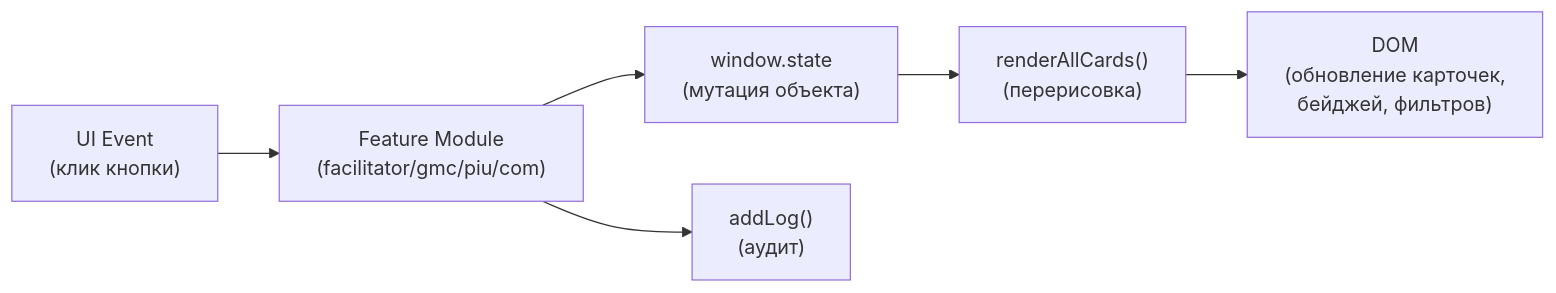
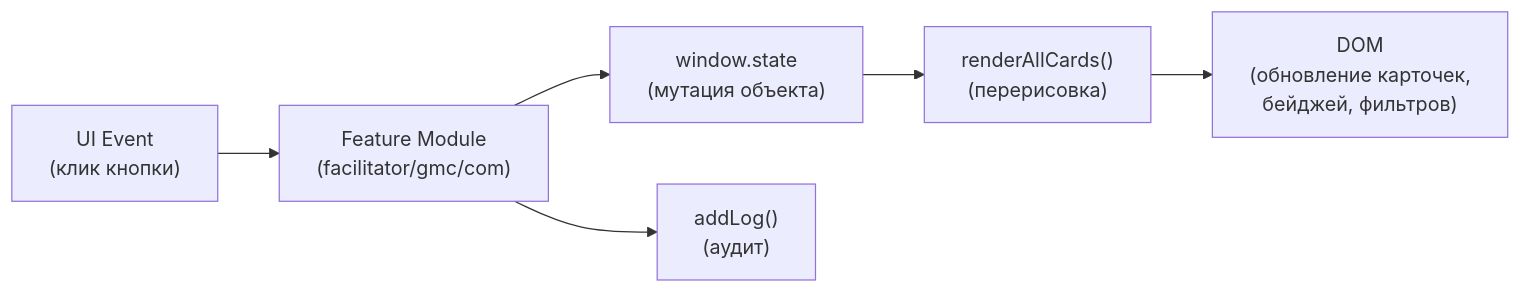
Before and after one commit to firka-kh/eip-test: the fourth of 9 diagrams in docs/ARCHITECTURE.md, drawn with Mermaid. The commit also changed other lines of this file and 51 other files, not shown here.

````diff
--- a/docs/ARCHITECTURE.md
+++ b/docs/ARCHITECTURE.md
@@ -183,8 +176,8 @@
 ```mermaid
 flowchart LR
-    UI["UI Event<br/>(клик кнопки)"] --> FEATURE["Feature Module<br/>(facilitator/gmc/piu/com)"]
+    UI["UI Event<br/>(клик кнопки)"] --> FEATURE["Feature Module<br/>(facilitator/gmc/com)"]
     FEATURE --> STATE["window.state<br/>(мутация объекта)"]
     FEATURE --> LOG["addLog()<br/>(аудит)"]
     STATE --> RENDER["renderAllCards()<br/>(перерисовка)"]
     RENDER --> DOM["DOM<br/>(обновление карточек,<br/>бейджей, фильтров)"]
 ```
````
